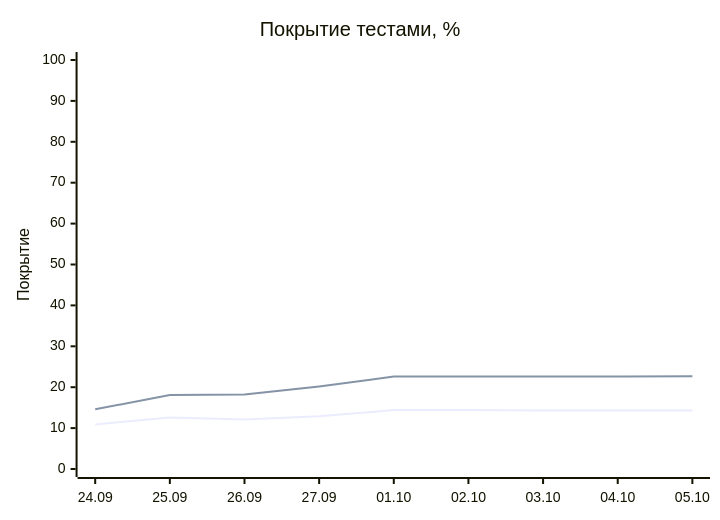
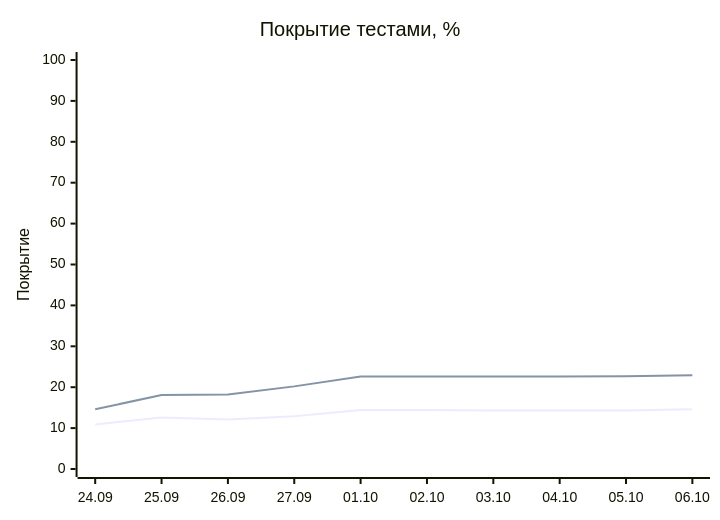
Before and after one commit to EvgeniBondarev/coverage-report: the diagram in README.md, drawn with Mermaid. The commit also changed other lines of this file and 2824 other files, not shown here.

````diff
--- a/README.md
+++ b/README.md
@@ -19,8 +19,8 @@
 ```mermaid
 xychart-beta
     title "Покрытие тестами, %"
-    x-axis ["24.09", "25.09", "26.09", "27.09", "01.10", "02.10", "03.10", "04.10", "05.10"]
+    x-axis ["24.09", "25.09", "26.09", "27.09", "01.10", "02.10", "03.10", "04.10", "05.10", "06.10"]
     y-axis "Покрытие" 0 --> 100
-    line [10.9, 12.6, 12.1, 12.9, 14.4, 14.4, 14.3, 14.3, 14.3]
-    line [14.6, 18.1, 18.2, 20.2, 22.6, 22.6, 22.6, 22.6, 22.7]
+    line [10.9, 12.6, 12.1, 12.9, 14.4, 14.4, 14.3, 14.3, 14.3, 14.6]
+    line [14.6, 18.1, 18.2, 20.2, 22.6, 22.6, 22.6, 22.6, 22.7, 22.9]
 ```
````
